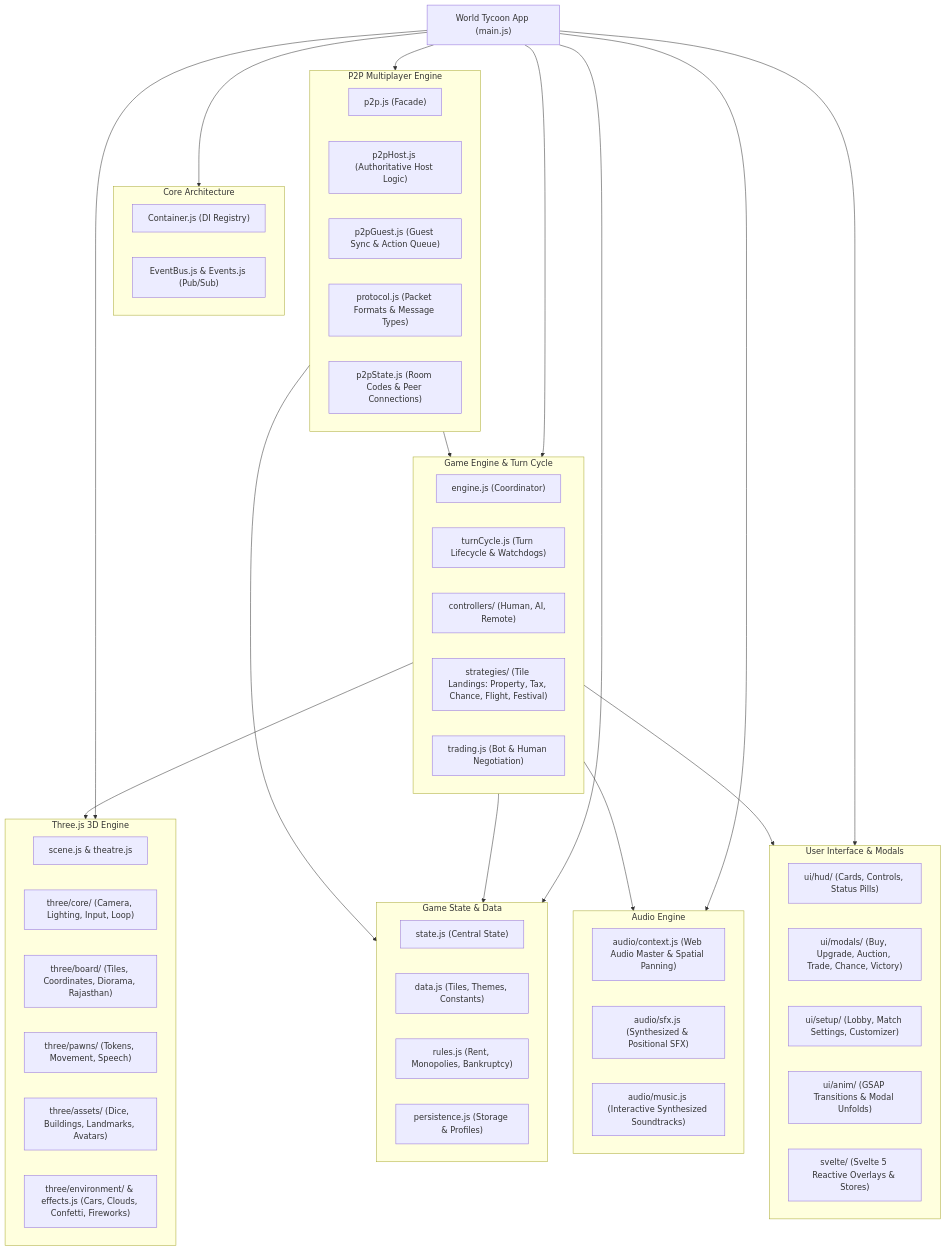
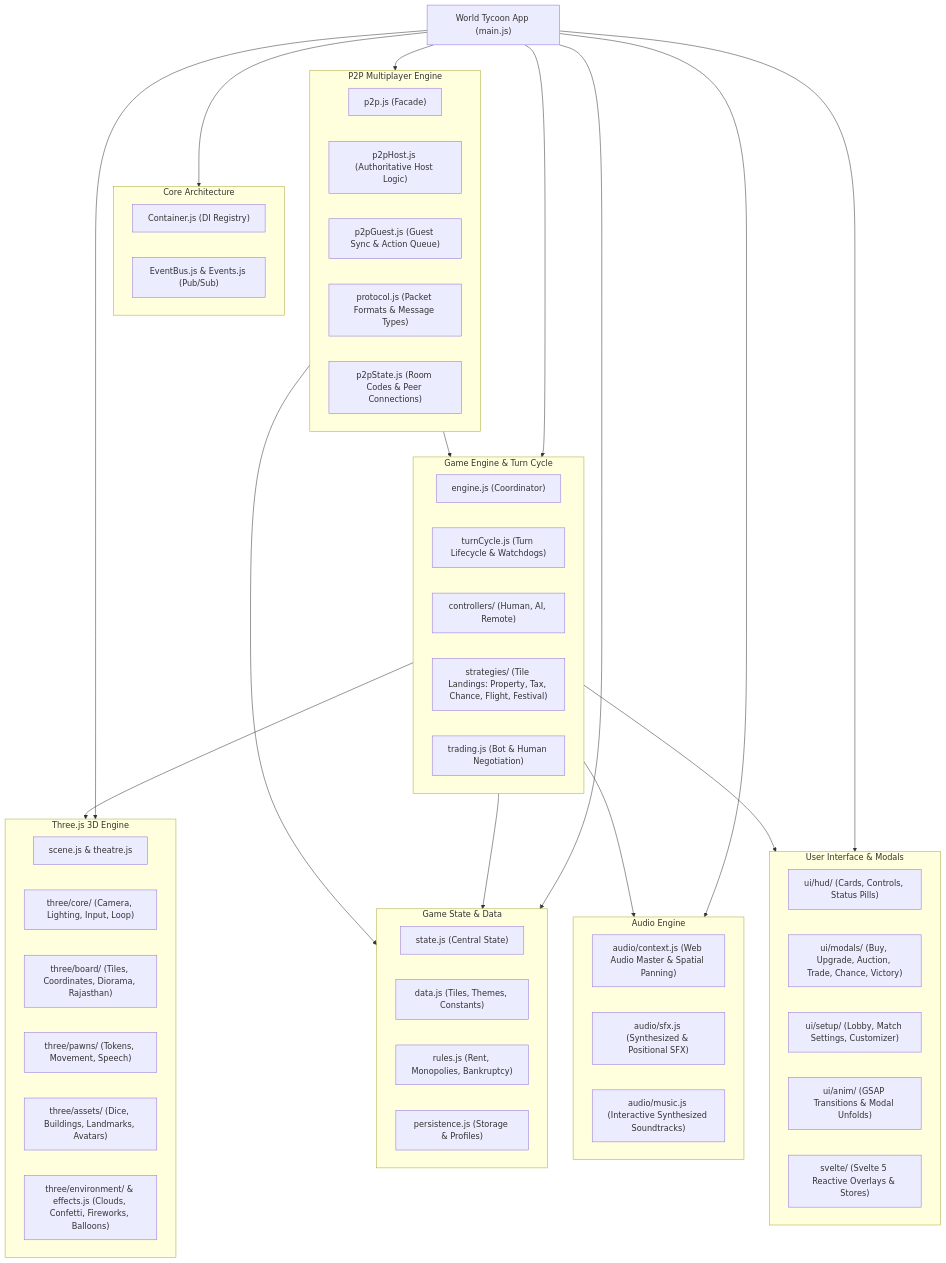
One commit to Naman5981/Monopoly changed the first of 4 diagrams in MINDMAP.md. Above: the diagram before and after it, drawn with Mermaid. The commit also changed other lines of this file and 67 other files, not shown here.

````diff
--- a/MINDMAP.md
+++ b/MINDMAP.md
@@ -17,70 +17,70 @@
 ```mermaid
 flowchart TD
     App["World Tycoon App (main.js)"]
     
     subgraph Core ["Core Architecture"]
         Container["Container.js (DI Registry)"]
         EventBus["EventBus.js & Events.js (Pub/Sub)"]
     end
 
     subgraph State ["Game State & Data"]
         GState["state.js (Central State)"]
         GData["data.js (Tiles, Themes, Constants)"]
         GRules["rules.js (Rent, Monopolies, Bankruptcy)"]
         GPersist["persistence.js (Storage & Profiles)"]
     end
 
     subgraph Engine ["Game Engine & Turn Cycle"]
         GEngine["engine.js (Coordinator)"]
         TurnCycle["turnCycle.js (Turn Lifecycle & Watchdogs)"]
         Controllers["controllers/ (Human, AI, Remote)"]
         Strategies["strategies/ (Tile Landings: Property, Tax, Chance, Flight, Festival)"]
         Trading["trading.js (Bot & Human Negotiation)"]
     end
 
     subgraph Graphics ["Three.js 3D Engine"]
         Scene["scene.js & theatre.js"]
         ThreeCore["three/core/ (Camera, Lighting, Input, Loop)"]
         Board["three/board/ (Tiles, Coordinates, Diorama, Rajasthan)"]
         Pawns["three/pawns/ (Tokens, Movement, Speech)"]
         Assets["three/assets/ (Dice, Buildings, Landmarks, Avatars)"]
-        Env["three/environment/ & effects.js (Cars, Clouds, Confetti, Fireworks)"]
+        Env["three/environment/ & effects.js (Clouds, Confetti, Fireworks, Balloons)"]
     end
 
     subgraph Network ["P2P Multiplayer Engine"]
         P2P["p2p.js (Facade)"]
         P2PHost["p2pHost.js (Authoritative Host Logic)"]
         P2PGuest["p2pGuest.js (Guest Sync & Action Queue)"]
         P2PProto["protocol.js (Packet Formats & Message Types)"]
         P2PState["p2pState.js (Room Codes & Peer Connections)"]
     end
 
     subgraph UI ["User Interface & Modals"]
         UIHUD["ui/hud/ (Cards, Controls, Status Pills)"]
         UIModals["ui/modals/ (Buy, Upgrade, Auction, Trade, Chance, Victory)"]
         UISetup["ui/setup/ (Lobby, Match Settings, Customizer)"]
         UIAnim["ui/anim/ (GSAP Transitions & Modal Unfolds)"]
         SvelteLayer["svelte/ (Svelte 5 Reactive Overlays & Stores)"]
     end
 
     subgraph Audio ["Audio Engine"]
         AudioCtx["audio/context.js (Web Audio Master & Spatial Panning)"]
         SFX["audio/sfx.js (Synthesized & Positional SFX)"]
         Music["audio/music.js (Interactive Synthesized Soundtracks)"]
     end
 
     App --> Core
     App --> State
     App --> Engine
     App --> Graphics
     App --> Network
     App --> UI
     App --> Audio
 
     Engine --> State
     Engine --> Graphics
     Engine --> Audio
     Engine --> UI
     Network --> State
     Network --> Engine
 ```
````
